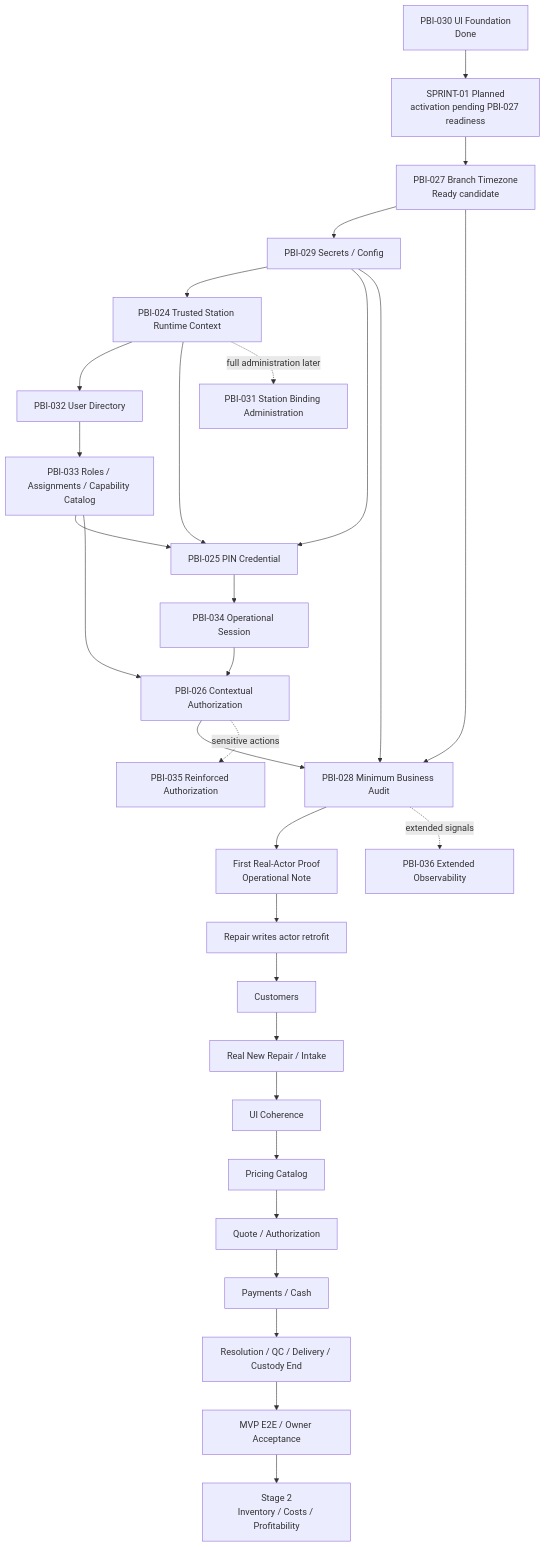
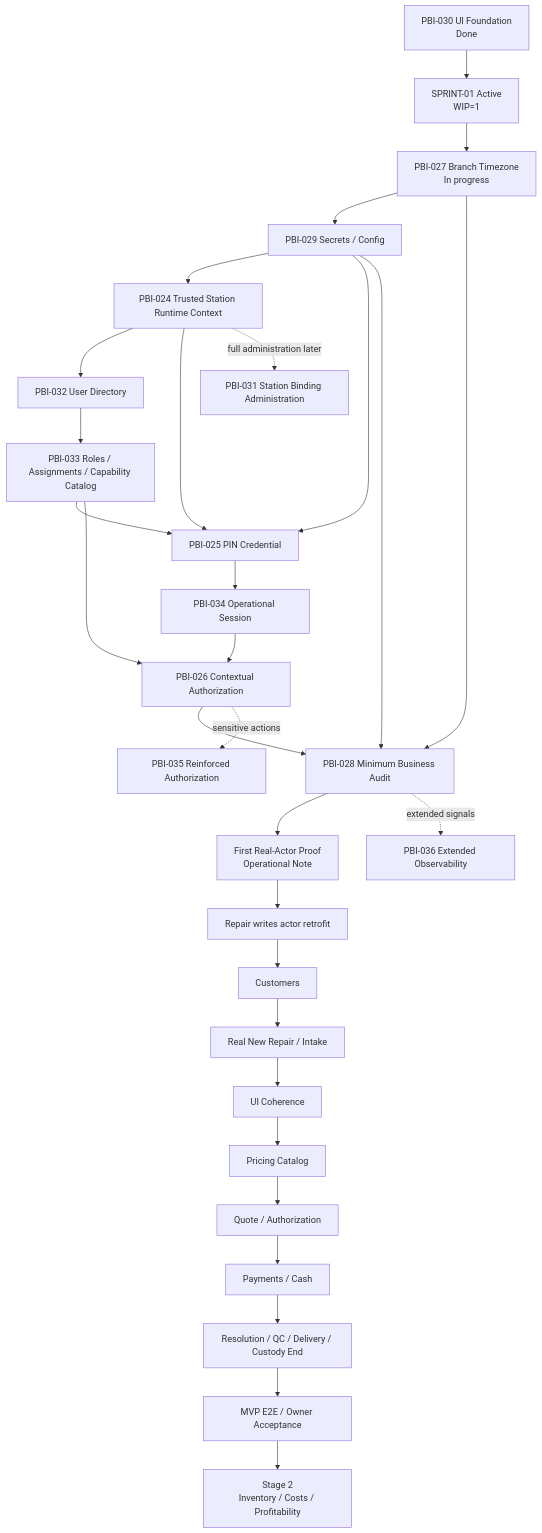
One commit to luisgtzaviles/SrTaller-2.0 changed the diagram in docs/backlog/DEPENDENCY_MAP.md. Above: the diagram before and after it, drawn with Mermaid. The commit also changed other lines of this file and 11 other files, not shown here.

Commit message:
docs(pbi-027): record readiness and local evidence

````diff
--- a/docs/backlog/DEPENDENCY_MAP.md
+++ b/docs/backlog/DEPENDENCY_MAP.md
@@ -13,32 +13,32 @@
 ```mermaid
 flowchart TD
-    P30[PBI-030 UI Foundation<br/>Done] --> S1[SPRINT-01 Planned<br/>activation pending PBI-027 readiness]
-    S1 --> P27[PBI-027 Branch Timezone<br/>Ready candidate]
+    P30[PBI-030 UI Foundation<br/>Done] --> S1[SPRINT-01 Active<br/>WIP=1]
+    S1 --> P27[PBI-027 Branch Timezone<br/>In progress]
     P27 --> P29[PBI-029 Secrets / Config]
     P29 --> P24[PBI-024 Trusted Station Runtime Context]
     P24 --> P32[PBI-032 User Directory]
     P32 --> P33[PBI-033 Roles / Assignments / Capability Catalog]
     P33 --> P25[PBI-025 PIN Credential]
     P24 --> P25
     P29 --> P25
     P25 --> P34[PBI-034 Operational Session]
     P34 --> P26[PBI-026 Contextual Authorization]
     P33 --> P26
     P26 --> P28[PBI-028 Minimum Business Audit]
     P27 --> P28
     P29 --> P28
     P28 --> NOTE[First Real-Actor Proof<br/>Operational Note]
     NOTE --> RETRO[Repair writes actor retrofit]
     RETRO --> CUSTOMERS[Customers]
     CUSTOMERS --> INTAKE[Real New Repair / Intake]
     INTAKE --> POLISH[UI Coherence]
     POLISH --> PRICING[Pricing Catalog]
     PRICING --> QUOTE[Quote / Authorization]
     QUOTE --> MONEY[Payments / Cash]
     MONEY --> DELIVERY[Resolution / QC / Delivery / Custody End]
     DELIVERY --> MVP[MVP E2E / Owner Acceptance]
     P24 -. full administration later .-> P31[PBI-031 Station Binding Administration]
     P26 -. sensitive actions .-> P35[PBI-035 Reinforced Authorization]
     P28 -. extended signals .-> P36[PBI-036 Extended Observability]
     MVP --> STAGE2[Stage 2<br/>Inventory / Costs / Profitability]
 ```
````
